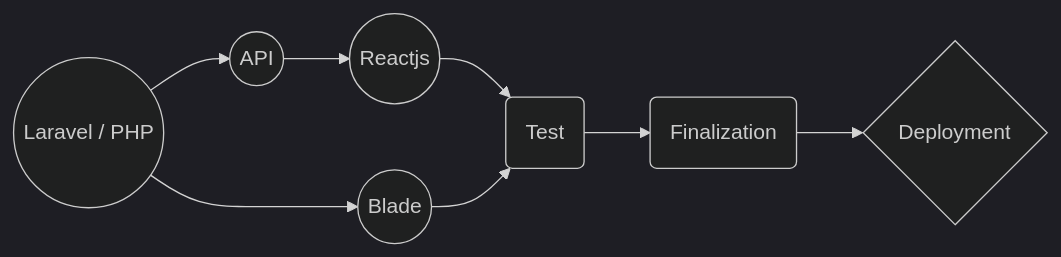
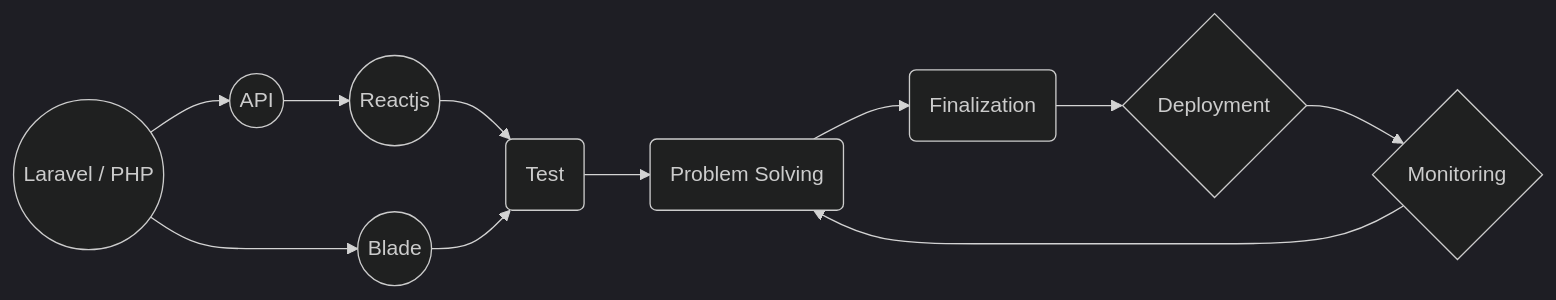
Before and after one commit to zahidmzhmm/zahidmzhmm: the diagram in README.md, drawn with Mermaid (dark theme).

````diff
--- a/README.md
+++ b/README.md
@@ -33,10 +33,13 @@
 ```mermaid
 graph LR
 A((Laravel / PHP)) --> B((Blade))
 A --> C((API))
 E --> D(Test)
 C --> E((Reactjs))
 B --> D
-D --> F(Finalization)
-F --> G{Deployment}
+D --> F(Problem Solving)
+F --> G(Finalization)
+G --> H{Deployment}
+H --> I{Monitoring}
+I --> F
 ```
````
